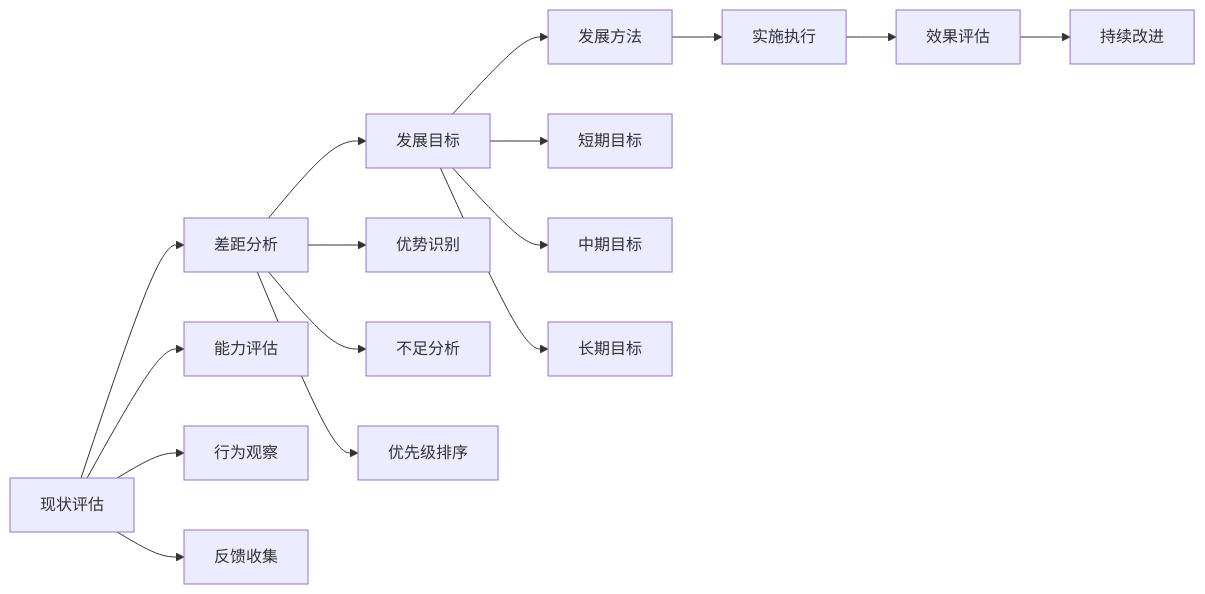
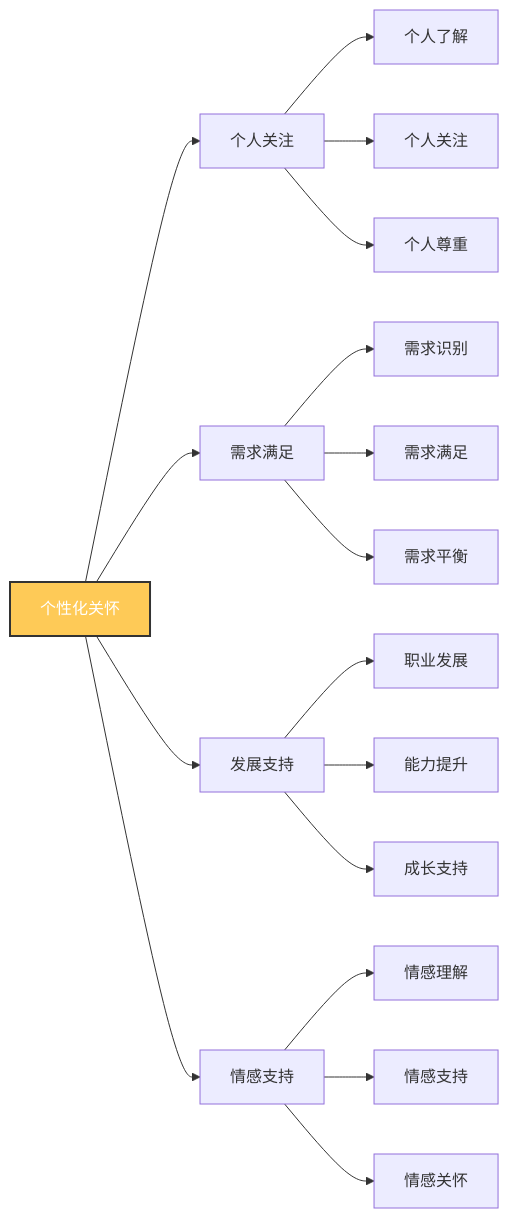
One commit to Anping2017/obsidian changed the sixth of 8 diagrams in 企业领导力/02-理论理解层/现代领导理论/01-变革型领导.md. Above: the diagram before and after it, drawn with Mermaid. The commit also changed other lines of this file and 8 other files, not shown here.

````diff
--- a/企业领导力/02-理论理解层/现代领导理论/01-变革型领导.md
+++ b/企业领导力/02-理论理解层/现代领导理论/01-变革型领导.md
@@ -221,21 +179,25 @@
 ```mermaid
 graph LR
-    A[现状评估] --> B[差距分析]
-    B --> C[发展目标]
-    C --> D[发展方法]
-    D --> E[实施执行]
-    E --> F[效果评估]
-    F --> G[持续改进]
+    A[个性化关怀] --> B[个人关注]
+    A --> C[需求满足]
+    A --> D[发展支持]
+    A --> E[情感支持]
     
-    A --> A1[能力评估]
-    A --> A2[行为观察]
-    A --> A3[反馈收集]
+    B --> B1[个人了解]
+    B --> B2[个人关注]
+    B --> B3[个人尊重]
     
-    B --> B1[优势识别]
-    B --> B2[不足分析]
-    B --> B3[优先级排序]
+    C --> C1[需求识别]
+    C --> C2[需求满足]
+    C --> C3[需求平衡]
     
-    C --> C1[短期目标]
-    C --> C2[中期目标]
-    C --> C3[长期目标]
+    D --> D1[职业发展]
+    D --> D2[能力提升]
+    D --> D3[成长支持]
+    
+    E --> E1[情感理解]
+    E --> E2[情感支持]
+    E --> E3[情感关怀]
+    
+    style A fill:#feca57,stroke:#333,stroke-width:2px,color:#fff
 ```
````
